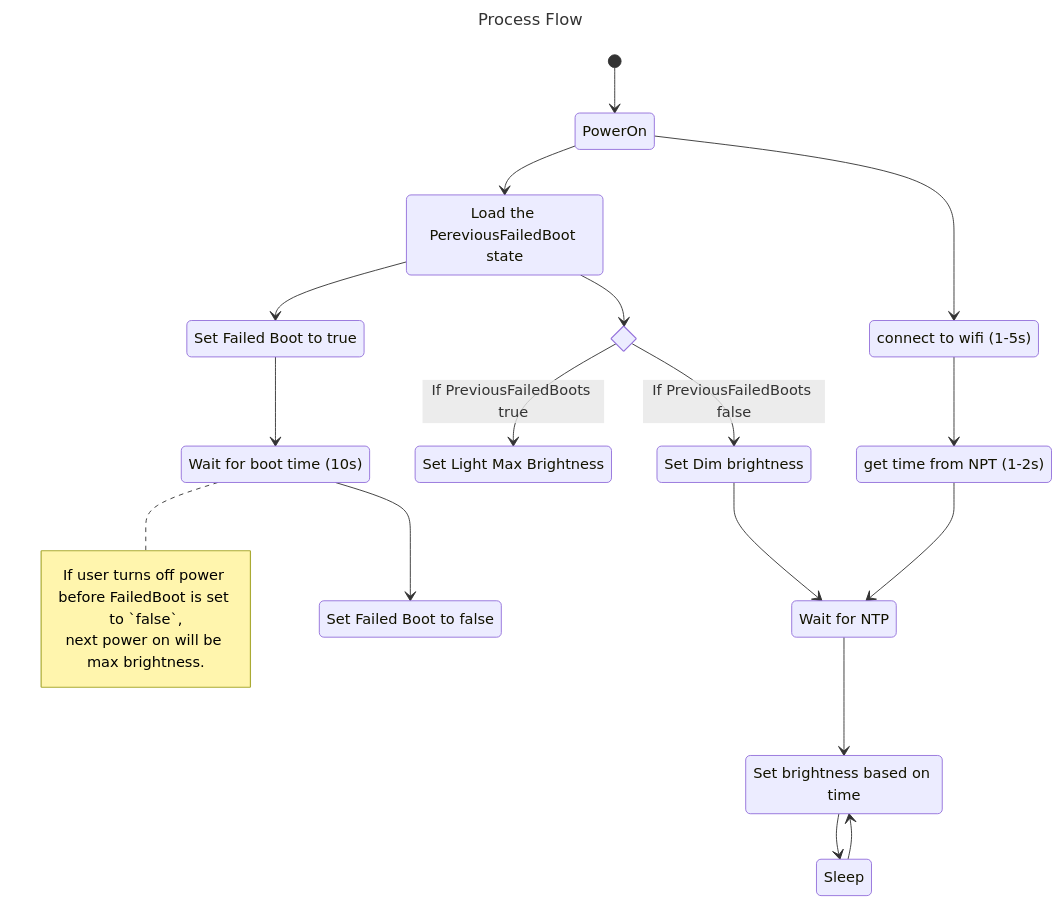
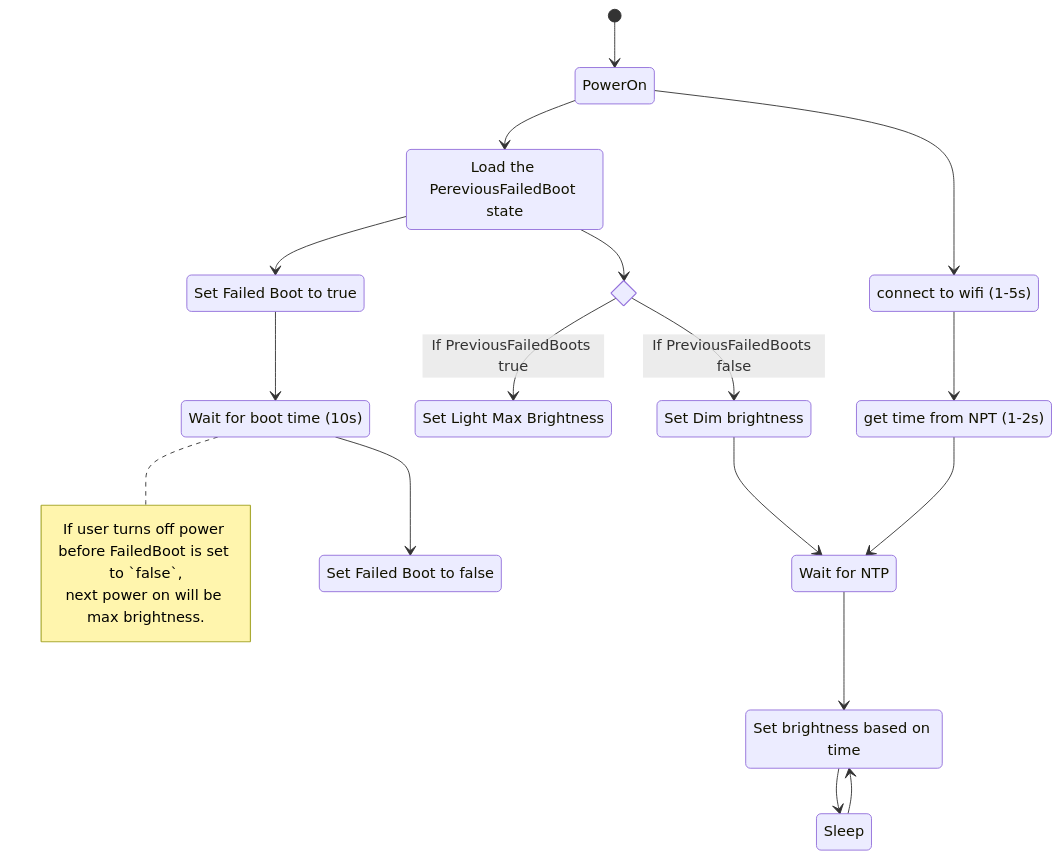
Before and after one commit to ostat/ostat.github.io: the diagram in docs/iot/openbk7231t-auto-chromatic .md, drawn with Mermaid. The commit also changed other lines of this file and 12 other files, not shown here.

````diff
--- a/docs/iot/openbk7231t-auto-chromatic .md
+++ b/docs/iot/openbk7231t-auto-chromatic .md
@@ -16,36 +16,32 @@
 ```mermaid
----
-title: Process Flow
----
 stateDiagram-v2
     ForceMax: Set Light Max Brightness
     state if_failedbootstate <<choice>>
     SetFailedBootsFalse: Set Failed Boot to false
     SetFailedBootsTrue: Set Failed Boot to true
     waitBootTime: Wait for boot time (10s)
     WiFi: connect to wifi (1-5s)
     NPT: get time from NPT (1-2s)
     LoadPereviousFailedBoot: Load the PereviousFailedBoot state
     WaitNtp: Wait for NTP
     TimeBasedBrightness: Set brightness based on time
     BootBrightness: Set Dim brightness
-
 
     [*] --> PowerOn
     PowerOn --> LoadPereviousFailedBoot
     LoadPereviousFailedBoot --> SetFailedBootsTrue
     PowerOn --> WiFi
     LoadPereviousFailedBoot --> if_failedbootstate
     WiFi --> NPT
     NPT --> WaitNtp
     SetFailedBootsTrue --> waitBootTime
     note right of waitBootTime : If user turns off power before FailedBoot is set to `false`,<br>next power on will be max brightness.
     waitBootTime --> SetFailedBootsFalse
     if_failedbootstate --> ForceMax: If PreviousFailedBoots true
     if_failedbootstate --> BootBrightness: If PreviousFailedBoots false
     BootBrightness --> WaitNtp
     WaitNtp --> TimeBasedBrightness
     TimeBasedBrightness --> Sleep
     Sleep --> TimeBasedBrightness
 
 ```
````
